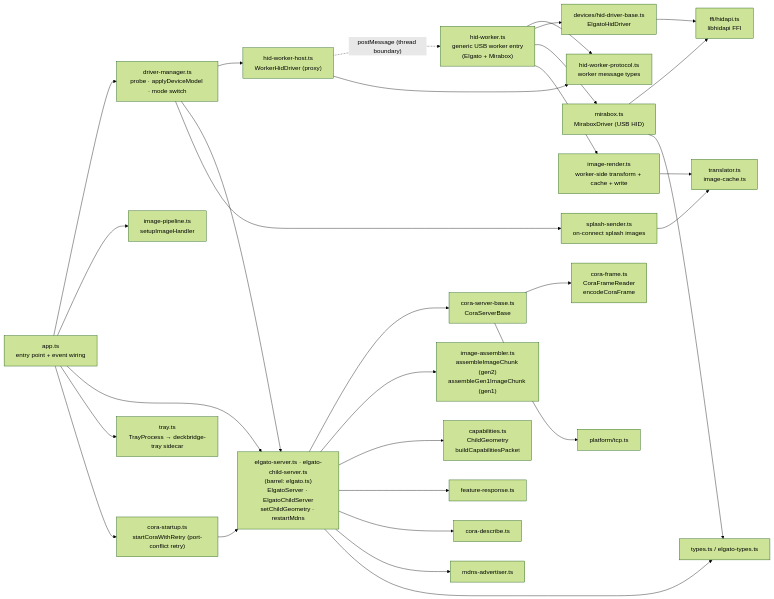
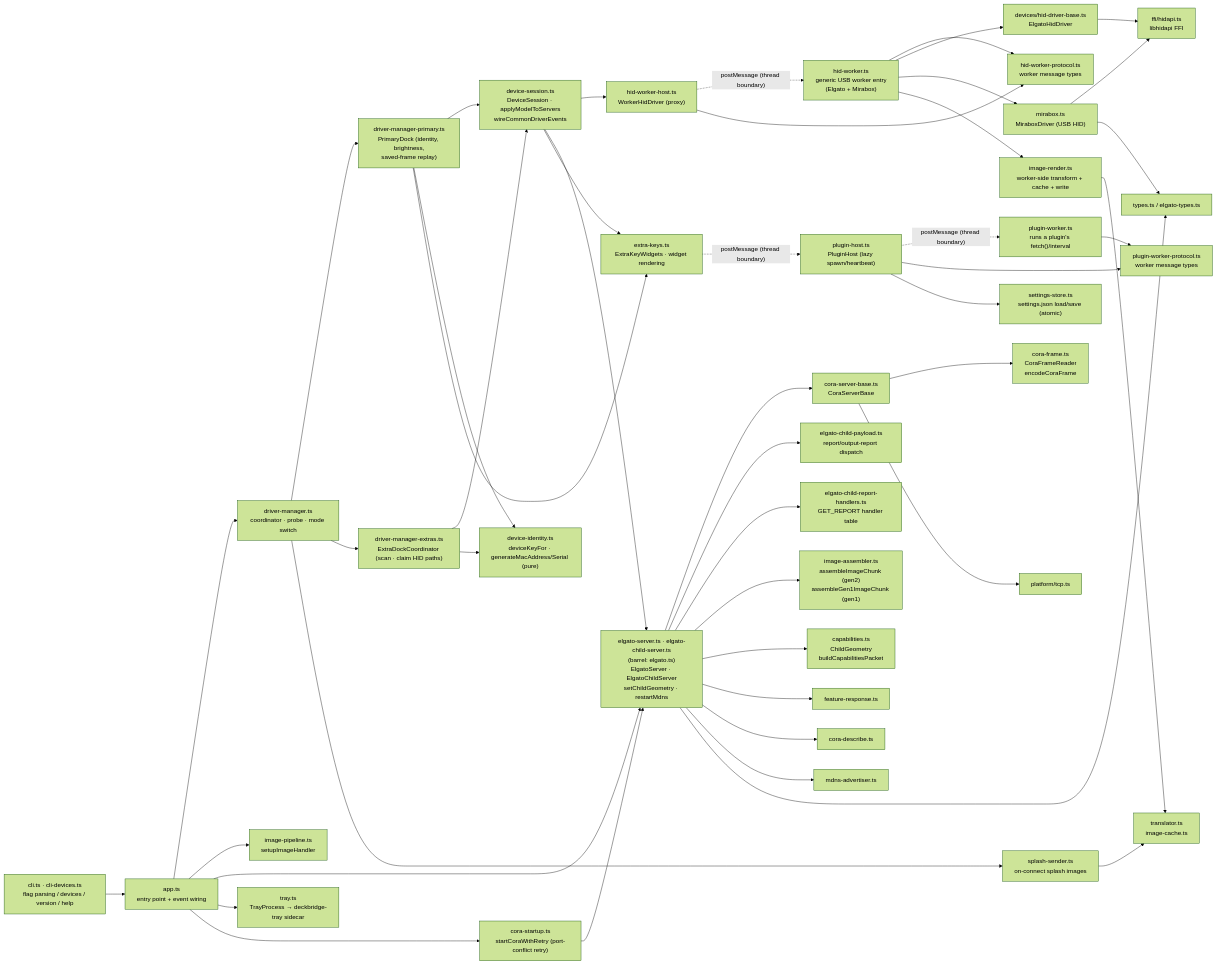
Before and after one commit to lukasMega/DeckBridge: the fourth of 4 diagrams in docs/ARCHITECTURE.md, drawn with Mermaid (forest theme). The commit also changed other lines of this file and 4 other files, not shown here.

First line of the commit message:
docs: rewrite ARCHITECTURE.md for multi-device/plugins, run docs tests before build

````diff
--- a/docs/ARCHITECTURE.md
+++ b/docs/ARCHITECTURE.md
@@ -404,11 +556,17 @@
 ```mermaid
 graph LR
+    CLI["cli.ts · cli-devices.ts<br/>flag parsing / devices / version / help"]
     APP["app.ts<br/>entry point + event wiring"]
 
-    DM["driver-manager.ts<br/>probe · applyDeviceModel · mode switch"]
+    DM["driver-manager.ts<br/>coordinator · probe · mode switch"]
+    DM_P["driver-manager-primary.ts<br/>PrimaryDock (identity, brightness,<br/>saved-frame replay)"]
+    DM_E["driver-manager-extras.ts<br/>ExtraDockCoordinator (scan · claim HID paths)"]
+    DS["device-session.ts<br/>DeviceSession · applyModelToServers<br/>wireCommonDriverEvents"]
+    DID["device-identity.ts<br/>deviceKeyFor · generateMacAddress/Serial (pure)"]
     IP["image-pipeline.ts<br/>setupImageHandler"]
     SPLASH["splash-sender.ts<br/>on-connect splash images"]
     CORA_START["cora-startup.ts<br/>startCoraWithRetry (port-conflict retry)"]
+    EK["extra-keys.ts<br/>ExtraKeyWidgets · widget rendering"]
 
     HOST_HID["hid-worker-host.ts<br/>WorkerHidDriver (proxy)"]
     WRK_HID["hid-worker.ts<br/>generic USB worker entry<br/>(Elgato + Mirabox)"]
@@ -417,11 +575,18 @@
     MIR["mirabox.ts<br/>MiraboxDriver (USB HID)"]
     REND["image-render.ts<br/>worker-side transform + cache + write"]
 
+    HOST_PLG["plugin-host.ts<br/>PluginHost (lazy spawn/heartbeat)"]
+    WRK_PLG["plugin-worker.ts<br/>runs a plugin's fetch()/interval"]
+    PROTO_PLG["plugin-worker-protocol.ts<br/>worker message types"]
+
     TRAY_N["tray.ts<br/>TrayProcess → deckbridge-tray sidecar"]
+    SETTINGS["settings-store.ts<br/>settings.json load/save (atomic)"]
 
     HIDAPI["ffi/hidapi.ts<br/>libhidapi FFI"]
 
     ELG["elgato-server.ts · elgato-child-server.ts<br/>(barrel: elgato.ts)<br/>ElgatoServer · ElgatoChildServer<br/>setChildGeometry · restartMdns"]
+    ELG_PAYLOAD["elgato-child-payload.ts<br/>report/output-report dispatch"]
+    ELG_GETREPORT["elgato-child-report-handlers.ts<br/>GET_REPORT handler table"]
     CSB["cora-server-base.ts<br/>CoraServerBase"]
     CF["cora-frame.ts<br/>CoraFrameReader<br/>encodeCoraFrame"]
 
@@ -435,16 +600,30 @@
 
     TCP["platform/tcp.ts"]
 
+    CLI --> APP
     APP --> DM
     APP --> IP
     APP --> ELG
     APP --> TRAY_N
     APP --> CORA_START
     CORA_START --> ELG
-    DM --> HOST_HID
-    DM --> ELG
+    DM --> DM_P
+    DM --> DM_E
+    DM_P --> DS
+    DM_E --> DS
+    DS --> HOST_HID
+    DS --> ELG
+    DM_P --> DID
+    DM_E --> DID
     DM --> SPLASH
     SPLASH --> TRANS
+    DM_P --> EK
+    DS --> EK
+    EK -.->|"postMessage (thread boundary)"| HOST_PLG
+    HOST_PLG -.->|"postMessage (thread boundary)"| WRK_PLG
+    HOST_PLG --> PROTO_PLG
+    WRK_PLG --> PROTO_PLG
+    HOST_PLG --> SETTINGS
 
     HOST_HID -.->|"postMessage (thread boundary)"| WRK_HID
     HOST_HID --> PROTO_HID
@@ -457,6 +636,8 @@
     MIR --> HIDAPI
 
     ELG --> CSB
+    ELG --> ELG_PAYLOAD
+    ELG --> ELG_GETREPORT
     CSB --> CF
     CSB --> TCP
     ELG --> IMG_A
````
